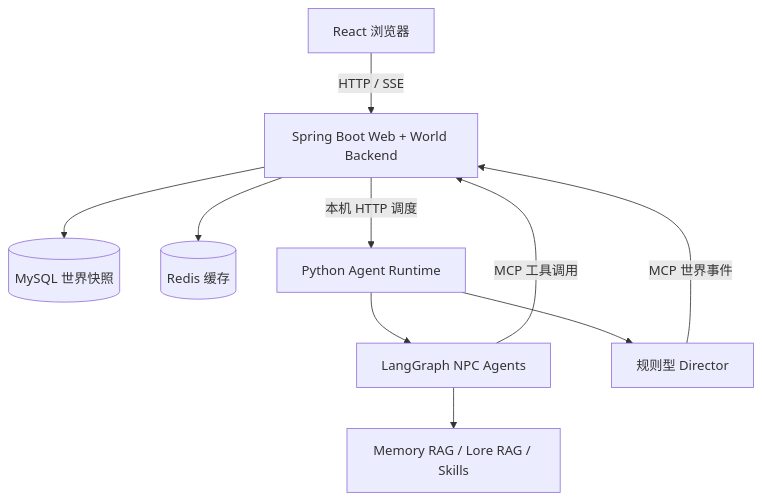
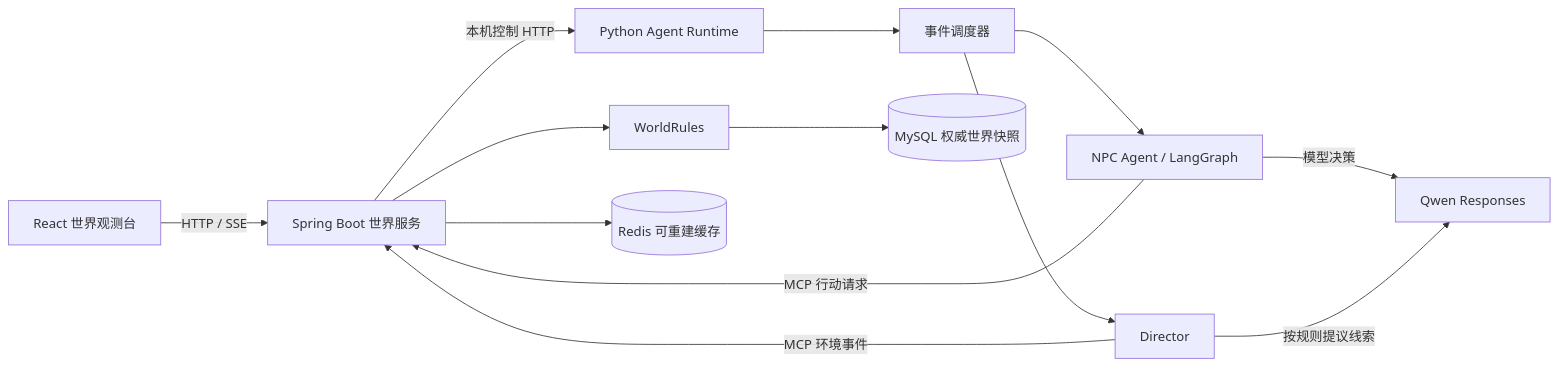
One commit to wb2467113791/NovelWorld changed the diagram in README.md. Above: the diagram before and after it, drawn with Mermaid. The commit also changed other lines of this file and 56 other files, not shown here.

````diff
--- a/README.md
+++ b/README.md
@@ -9,12 +9,15 @@
 ```mermaid
-flowchart TB
-  B[React 浏览器] -->|HTTP / SSE| J[Spring Boot Web + World Backend]
-  J --> M[(MySQL 世界快照)]
-  J --> R[(Redis 缓存)]
-  J -->|本机 HTTP 调度| P[Python Agent Runtime]
-  P --> G[LangGraph NPC Agents]
-  P --> D[规则型 Director]
-  G --> C[Memory RAG / Lore RAG / Skills]
-  G -->|MCP 工具调用| J
-  D -->|MCP 世界事件| J
+flowchart LR
+  UI[React 世界观测台] -->|HTTP / SSE| J[Spring Boot 世界服务]
+  J -->|本机控制 HTTP| P[Python Agent Runtime]
+  P --> S[事件调度器]
+  S --> N[NPC Agent / LangGraph]
+  S --> D[Director]
+  N -->|模型决策| L[Qwen Responses]
+  D -->|按规则提议线索| L
+  N -->|MCP 行动请求| J
+  D -->|MCP 环境事件| J
+  J --> R[WorldRules]
+  R --> M[(MySQL 权威世界快照)]
+  J --> C[(Redis 可重建缓存)]
 ```
````
